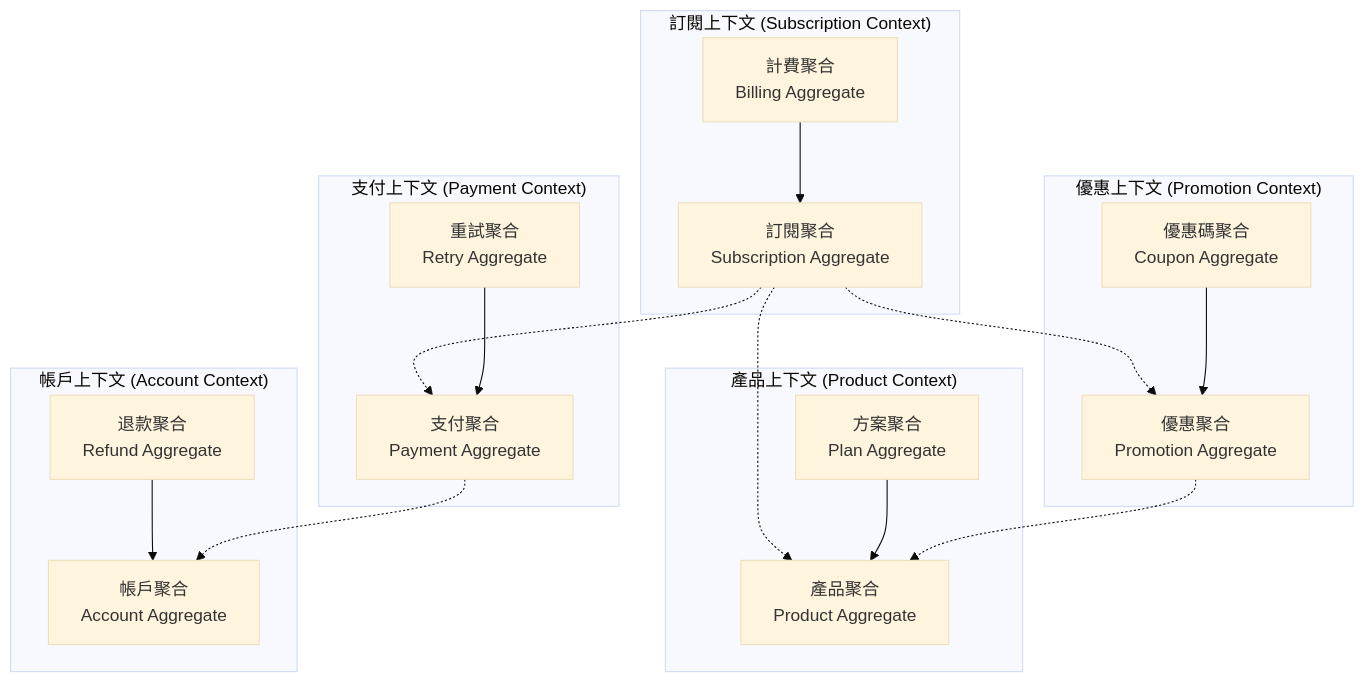
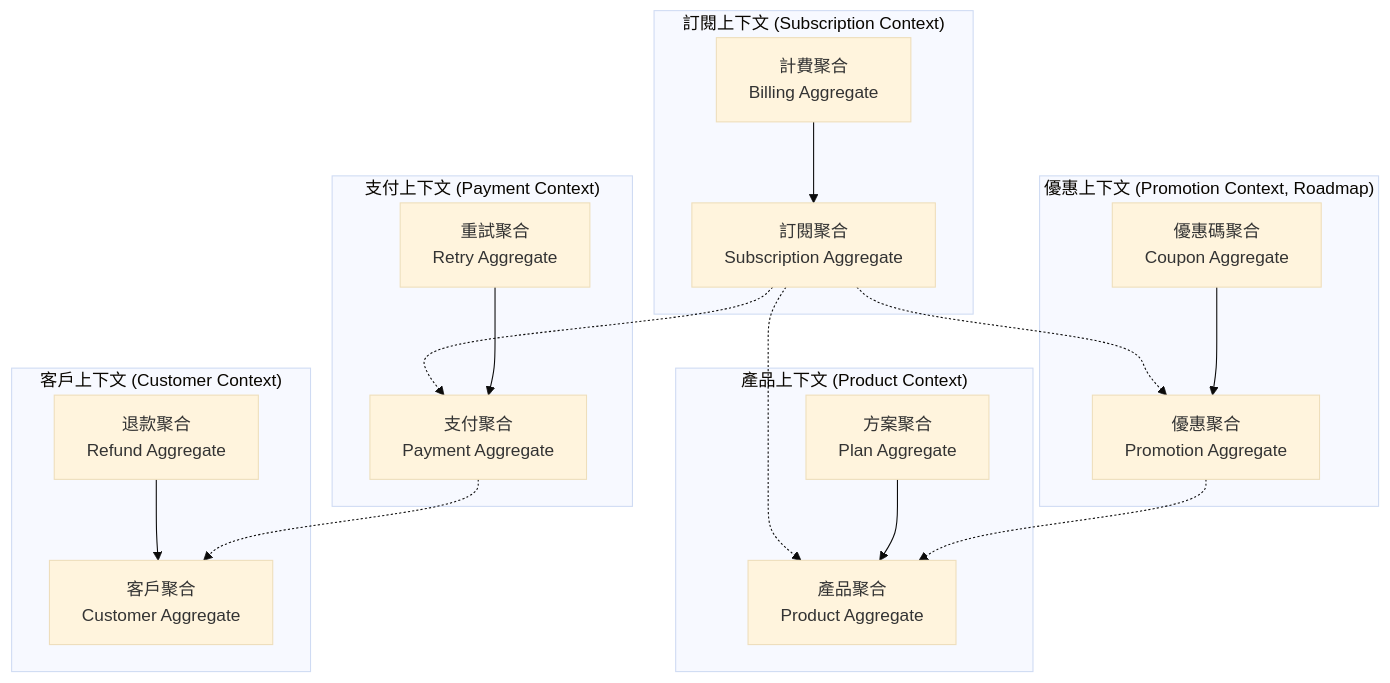
Before and after one commit to xxxhand/auto-payment-sample: the diagram in docs/architecture/domain-model.md, drawn with Mermaid (base theme). The commit also changed other lines of this file and 1 other file, not shown here.

````diff
--- a/docs/architecture/domain-model.md
+++ b/docs/architecture/domain-model.md
@@ -9,39 +11,39 @@
 ```mermaid
 graph TB
     subgraph "訂閱上下文 (Subscription Context)"
         SUB[訂閱聚合<br/>Subscription Aggregate]
         BILLING[計費聚合<br/>Billing Aggregate]
     end
     
     subgraph "產品上下文 (Product Context)"
         PROD[產品聚合<br/>Product Aggregate]
         PLAN[方案聚合<br/>Plan Aggregate]
     end
     
-    subgraph "優惠上下文 (Promotion Context)"
+    subgraph "優惠上下文 (Promotion Context, Roadmap)"
         PROMO[優惠聚合<br/>Promotion Aggregate]
         COUPON[優惠碼聚合<br/>Coupon Aggregate]
     end
     
     subgraph "支付上下文 (Payment Context)"
         PAY[支付聚合<br/>Payment Aggregate]
         RETRY[重試聚合<br/>Retry Aggregate]
     end
     
-    subgraph "帳戶上下文 (Account Context)"
-        ACC[帳戶聚合<br/>Account Aggregate]
+    subgraph "客戶上下文 (Customer Context)"
+        CUST[客戶聚合<br/>Customer Aggregate]
         REFUND[退款聚合<br/>Refund Aggregate]
     end
     
     SUB -.-> PROD
     SUB -.-> PROMO
     SUB -.-> PAY
     BILLING --> SUB
     PLAN --> PROD
     COUPON --> PROMO
     RETRY --> PAY
-    REFUND --> ACC
+    REFUND --> CUST
     
-    PAY -.-> ACC
+    PAY -.-> CUST
     PROMO -.-> PROD
 ```
````
